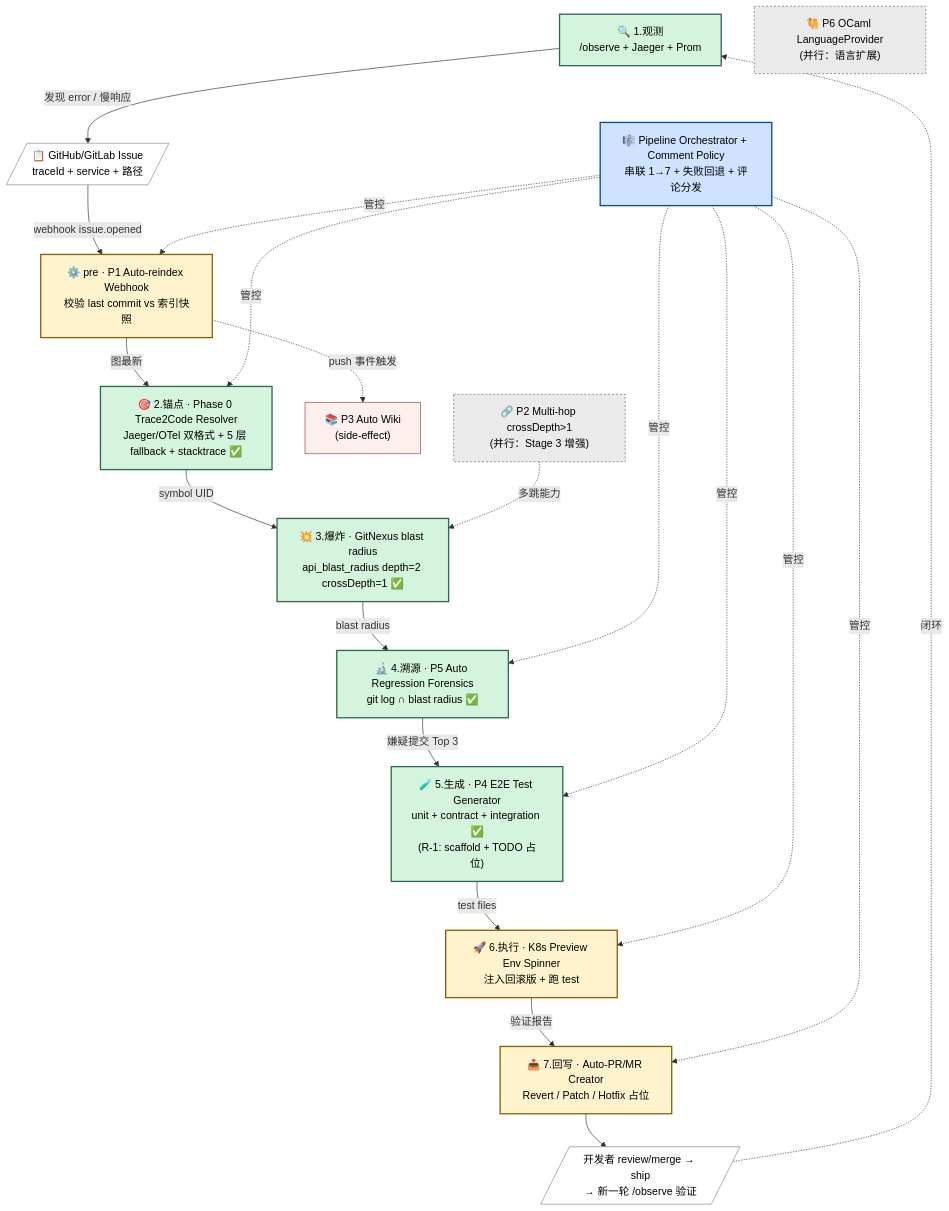
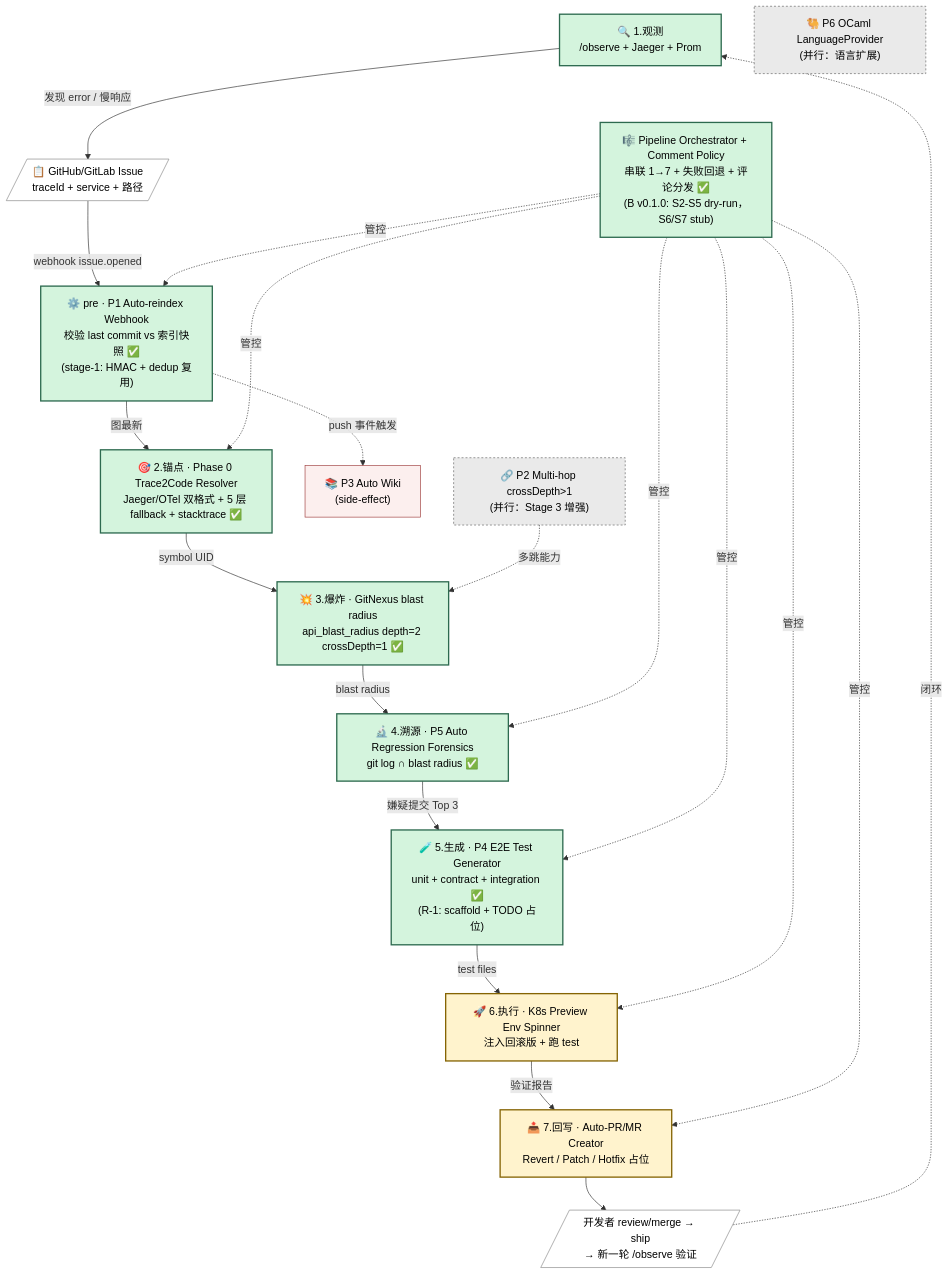
One commit to zxs1633079383/GitNexus changed the diagram in docs/learn/diagrams/16-agentic-devops-7-stage-loop.mmd. Above: the diagram before and after it, drawn with Mermaid. The commit also changed 6 other files, not shown here.

First line of the commit message:
feat(pipeline): 落地横切 Pipeline Orchestrator (S2-S5 dry-run, S6/S7 stub)

```diff
--- a/docs/learn/diagrams/16-agentic-devops-7-stage-loop.mmd
+++ b/docs/learn/diagrams/16-agentic-devops-7-stage-loop.mmd
@@ -1,47 +1,47 @@
 %% Agentic DevOps 7 阶段闭环 —— 团队自建版 GitNexus 企业版
 %% 配套文档：docs/learn/Agentic-DevOps-企业版路线图-v2.md §0.2
 
 flowchart TB
     OBS["🔍 1.观测<br/>/observe + Jaeger + Prom"]:::existing
     ISSUE[/"📋 GitHub/GitLab Issue<br/>traceId + service + 路径"/]:::external
-    PRE["⚙️ pre · P1 Auto-reindex Webhook<br/>校验 last commit vs 索引快照"]:::new
+    PRE["⚙️ pre · P1 Auto-reindex Webhook<br/>校验 last commit vs 索引快照 ✅<br/>(stage-1: HMAC + dedup 复用)"]:::existing
     S2["🎯 2.锚点 · Phase 0 Trace2Code Resolver<br/>Jaeger/OTel 双格式 + 5 层 fallback + stacktrace ✅"]:::existing
     S3["💥 3.爆炸 · GitNexus blast radius<br/>api_blast_radius depth=2 crossDepth=1 ✅"]:::existing
     S4["🔬 4.溯源 · P5 Auto Regression Forensics<br/>git log ∩ blast radius ✅"]:::existing
     S5["🧪 5.生成 · P4 E2E Test Generator<br/>unit + contract + integration ✅<br/>(R-1: scaffold + TODO 占位)"]:::existing
     S6["🚀 6.执行 · K8s Preview Env Spinner<br/>注入回滚版 + 跑 test"]:::new
     S7["📤 7.回写 · Auto-PR/MR Creator<br/>Revert / Patch / Hotfix 占位"]:::new
     LOOP[/"开发者 review/merge → ship<br/>→ 新一轮 /observe 验证"/]:::external
 
-    ORCH["🎼 Pipeline Orchestrator + Comment Policy<br/>串联 1→7 + 失败回退 + 评论分发"]:::cross
+    ORCH["🎼 Pipeline Orchestrator + Comment Policy<br/>串联 1→7 + 失败回退 + 评论分发 ✅<br/>(B v0.1.0: S2-S5 dry-run，S6/S7 stub)"]:::existing
     WIKI["📚 P3 Auto Wiki<br/>(side-effect)"]:::side
     P2["🔗 P2 Multi-hop crossDepth>1<br/>(并行：Stage 3 增强)"]:::parallel
     P6["🐫 P6 OCaml LanguageProvider<br/>(并行：语言扩展)"]:::parallel
 
     OBS -->|发现 error / 慢响应| ISSUE
     ISSUE -->|webhook issue.opened| PRE
     PRE -->|图最新| S2
     S2 -->|symbol UID| S3
     S3 -->|blast radius| S4
     S4 -->|嫌疑提交 Top 3| S5
     S5 -->|test files| S6
     S6 -->|验证报告| S7
     S7 --> LOOP
     LOOP -.->|闭环| OBS
 
     ORCH -.->|管控| PRE
     ORCH -.->|管控| S2
     ORCH -.->|管控| S4
     ORCH -.->|管控| S5
     ORCH -.->|管控| S6
     ORCH -.->|管控| S7
 
     PRE -.->|push 事件触发| WIKI
     P2 -.->|多跳能力| S3
 
     classDef existing fill:#d4f4dd,stroke:#2d6a4f,color:#000,stroke-width:2px
     classDef new fill:#fff3cd,stroke:#856404,color:#000,stroke-width:2px
     classDef cross fill:#cfe2ff,stroke:#0a4d8c,color:#000,stroke-width:2px
     classDef side fill:#fcefee,stroke:#a04040,color:#000,stroke-width:1px
     classDef parallel fill:#eaeaea,stroke:#666,color:#000,stroke-width:1px,stroke-dasharray: 3 3
     classDef external fill:#fff,stroke:#888,color:#000,stroke-width:1px
```
